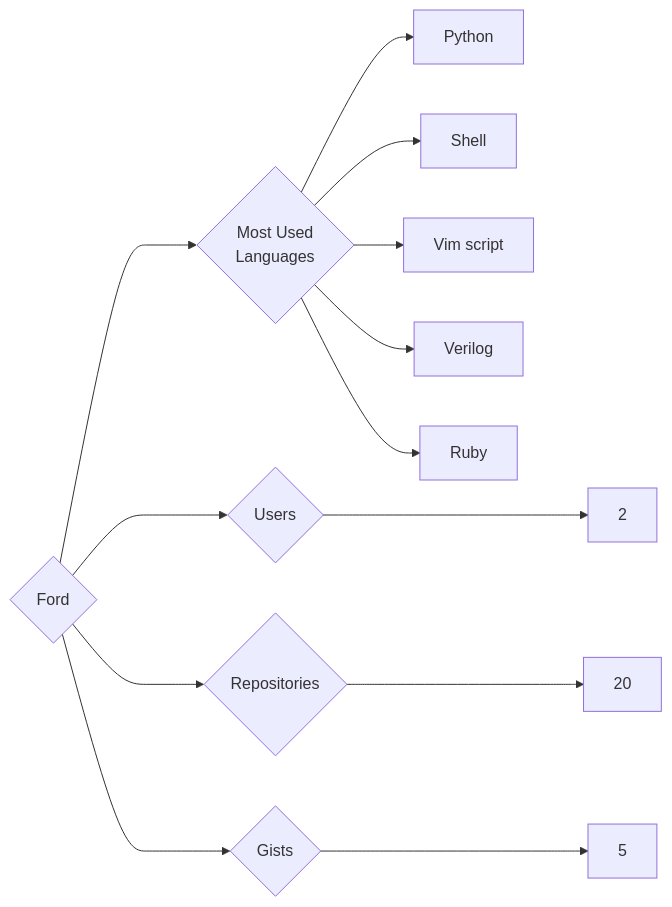
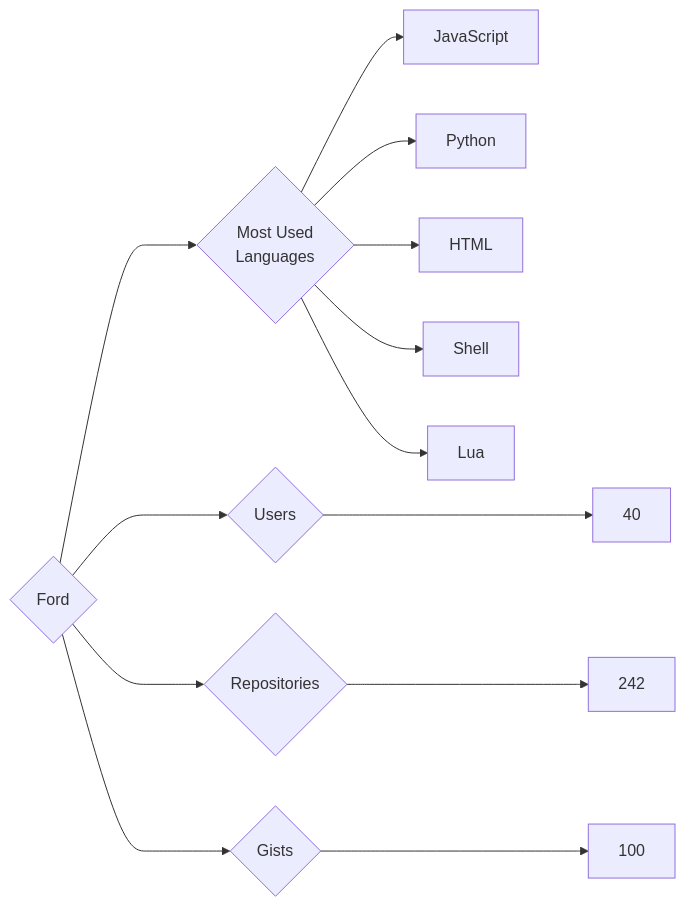
The diagram in targets/Ford/README.md (trickest/insiders), drawn with Mermaid before and after one commit. The commit also changed 750 other files, not shown here.

````diff
--- a/targets/Ford/README.md
+++ b/targets/Ford/README.md
@@ -3,13 +3,13 @@
 ```mermaid
 graph LR
 COMPANY_NAME{Ford}
-COMPANY_NAME ---> U{Users} ---> UN[2]
-COMPANY_NAME ---> R{Repositories} ---> RN[20]
-COMPANY_NAME ---> G{Gists} ---> GN[5]
+COMPANY_NAME ---> U{Users} ---> UN[40]
+COMPANY_NAME ---> R{Repositories} ---> RN[242]
+COMPANY_NAME ---> G{Gists} ---> GN[100]
 COMPANY_NAME ---> ML{Most Used<br>Languages}
+ML --> JavaScript[JavaScript]
 ML --> Python[Python]
+ML --> HTML[HTML]
 ML --> Shell[Shell]
-ML --> Vim_script[Vim script]
-ML --> Verilog[Verilog]
-ML --> Ruby[Ruby]
+ML --> Lua[Lua]
 ```
````
